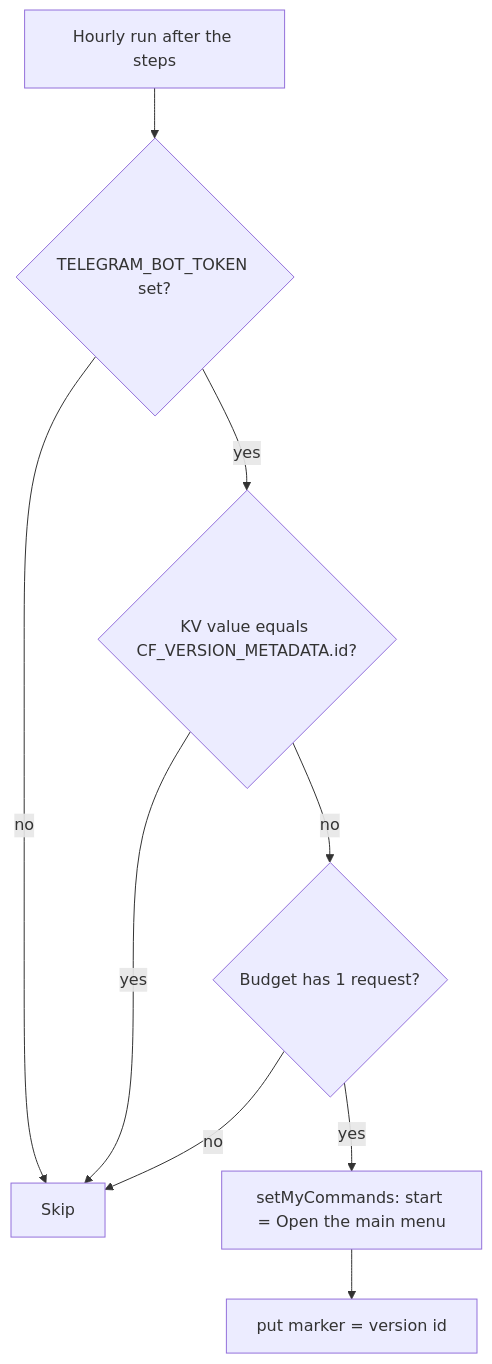
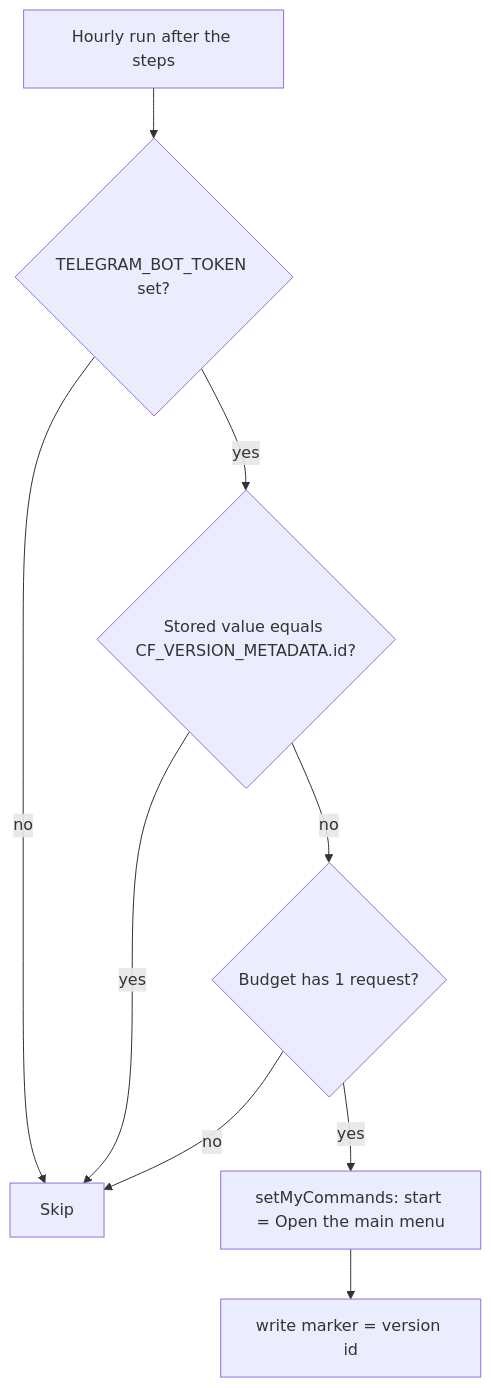
The diagram in docs/scenarios/kv/telegram-bot-version.md (sagyzdop/meriksirat), drawn with Mermaid before and after one commit. The commit also changed other lines of this file and 53 other files, not shown here.

````diff
--- a/docs/scenarios/kv/telegram-bot-version.md
+++ b/docs/scenarios/kv/telegram-bot-version.md
@@ -7,11 +7,11 @@
 ```mermaid
 flowchart TD
     A[Hourly run after the steps] --> B{TELEGRAM_BOT_TOKEN set?}
     B -- no --> Z[Skip]
-    B -- yes --> C{"KV value equals CF_VERSION_METADATA.id?"}
+    B -- yes --> C{"Stored value equals CF_VERSION_METADATA.id?"}
     C -- yes --> Z
     C -- no --> D{Budget has 1 request?}
     D -- no --> Z
     D -- yes --> E[setMyCommands: start = Open the main menu]
-    E --> F[put marker = version id]
+    E --> F[write marker = version id]
 ```
````
